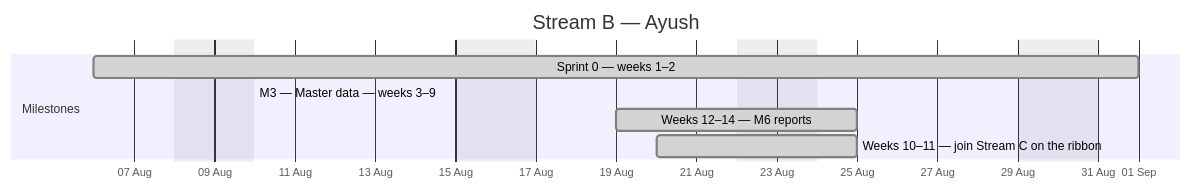
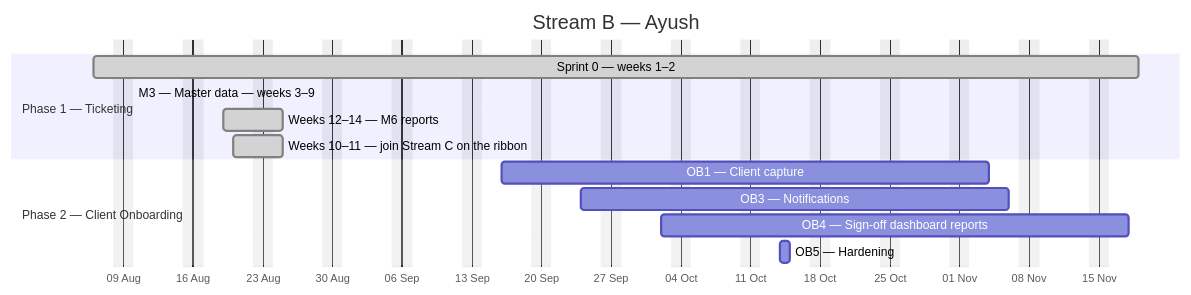
One commit to debashisedunext/EduTrack changed the second of 4 diagrams in docs/plan/GANTT.md. Above: the diagram before and after it, drawn with Mermaid. The commit also changed other lines of this file and 9 other files, not shown here.

````diff
--- a/docs/plan/GANTT.md
+++ b/docs/plan/GANTT.md
@@ -90,12 +166,17 @@
 ```mermaid
 gantt
     dateFormat YYYY-MM-DD
     axisFormat %d %b
     title Stream B — Ayush
     excludes weekends
-    section Milestones
-    Sprint 0 — weeks 1–2 :done, b0, 2026-08-06, 18d
-    M3 — Master data — weeks 3–9 :done, b1, 2026-08-10, -5d
+    section Phase 1 — Ticketing
+    Sprint 0 — weeks 1–2 :done, b0, 2026-08-06, 75d
+    M3 — Master data — weeks 3–9 :done, b1, 2026-08-10, -62d
     Weeks 12–14 — M6 reports :done, b2, 2026-08-19, 4d
     Weeks 10–11 — join Stream C on the ribbon :done, b3, 2026-08-20, 3d
+    section Phase 2 — Client Onboarding
+    OB1 — Client capture :b4, 2026-09-16, 35d
+    OB3 — Notifications :b5, 2026-09-24, 31d
+    OB4 — Sign-off  dashboard  reports :b6, 2026-10-02, 33d
+    OB5 — Hardening :b7, 2026-10-14, 1d
 ```
````
